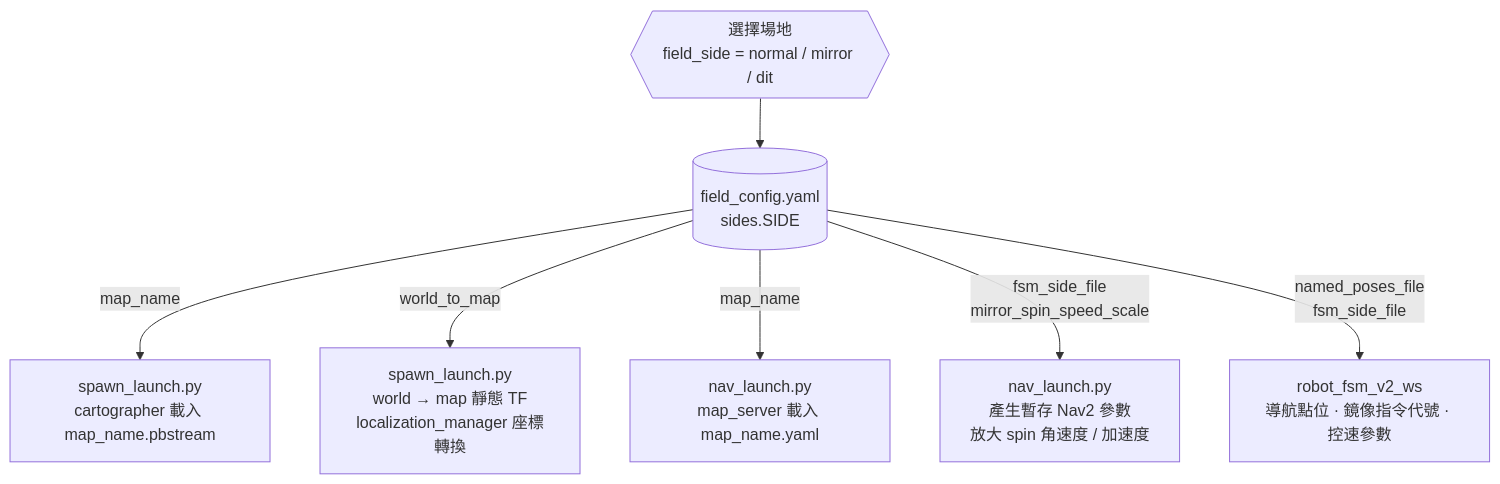
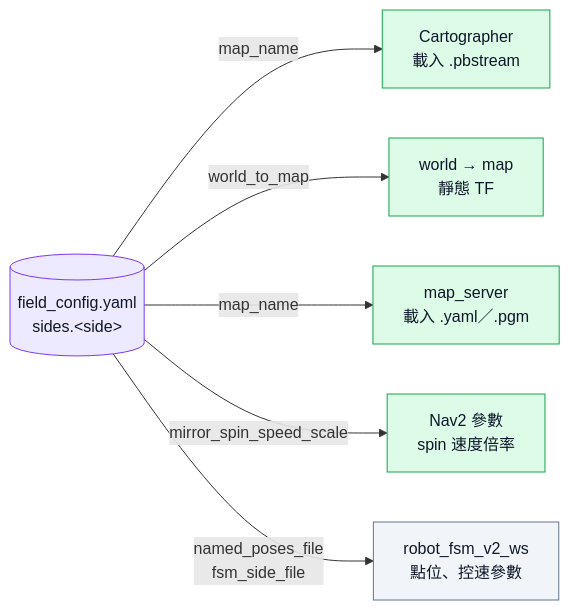
The fourth of 6 diagrams in README.md (terryking0711/tdk_slam_ws), drawn with Mermaid before and after one commit. The commit also changed other lines of this file, not shown here.

````diff
--- a/README.md
+++ b/README.md
@@ -297,12 +260,22 @@
 ```mermaid
-flowchart TB
-    Pick{{"選擇場地<br>field_side = normal / mirror / dit"}}
-    CFG[("field_config.yaml<br>sides.SIDE")]
-    Pick --> CFG
+flowchart LR
+    CFG[("field_config.yaml<br/>sides.&lt;side&gt;")]
+    A["Cartographer<br/>載入 .pbstream"]
+    B["world → map<br/>靜態 TF"]
+    C["map_server<br/>載入 .yaml／.pgm"]
+    D["Nav2 參數<br/>spin 速度倍率"]
+    E["robot_fsm_v2_ws<br/>點位、控速參數"]
 
-    CFG -->|map_name| A["spawn_launch.py<br>cartographer 載入 map_name.pbstream"]
-    CFG -->|world_to_map| B["spawn_launch.py<br>world → map 靜態 TF<br>localization_manager 座標轉換"]
-    CFG -->|map_name| C["nav_launch.py<br>map_server 載入 map_name.yaml"]
-    CFG -->|"fsm_side_file<br>mirror_spin_speed_scale"| D["nav_launch.py<br>產生暫存 Nav2 參數<br>放大 spin 角速度 / 加速度"]
-    CFG -->|"named_poses_file<br>fsm_side_file"| E["robot_fsm_v2_ws<br>導航點位 · 鏡像指令代號 · 控速參數"]
+    CFG -->|map_name| A
+    CFG -->|world_to_map| B
+    CFG -->|map_name| C
+    CFG -->|mirror_spin_speed_scale| D
+    CFG -->|named_poses_file<br/>fsm_side_file| E
+
+    classDef ours fill:#dcfce7,stroke:#16a34a,color:#0f172a
+    classDef ext fill:#f1f5f9,stroke:#64748b,color:#0f172a
+    classDef data fill:#ede9fe,stroke:#7c3aed,color:#0f172a
+    class A,B,C,D ours
+    class E ext
+    class CFG data
 ```
````
